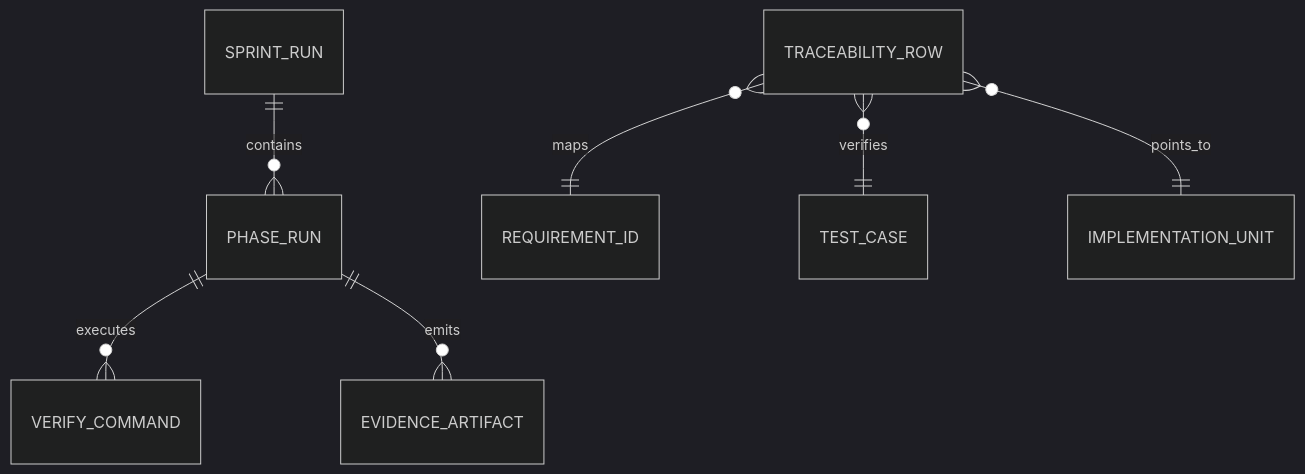
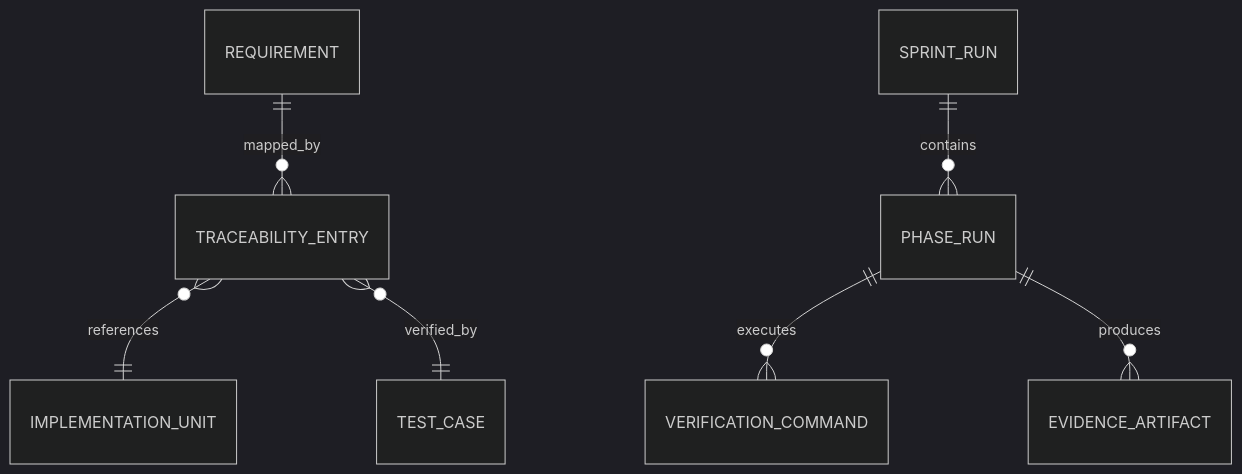
Before and after one commit to jaytaylor/attractor-tcl: the second of 5 diagrams in docs/sprints/SPRINT-003-comprehensive-implementation-plan.md, drawn with Mermaid (dark theme). The commit also changed other lines of this file, not shown here.

Commit message:
docs: sync sprint 003 phase 0 completion evidence

````diff
--- a/docs/sprints/SPRINT-003-comprehensive-implementation-plan.md
+++ b/docs/sprints/SPRINT-003-comprehensive-implementation-plan.md
@@ -905,9 +503,9 @@
 ```mermaid
 erDiagram
+  REQUIREMENT ||--o{ TRACEABILITY_ENTRY : mapped_by
+  TRACEABILITY_ENTRY }o--|| IMPLEMENTATION_UNIT : references
+  TRACEABILITY_ENTRY }o--|| TEST_CASE : verified_by
+  PHASE_RUN ||--o{ VERIFICATION_COMMAND : executes
+  PHASE_RUN ||--o{ EVIDENCE_ARTIFACT : produces
   SPRINT_RUN ||--o{ PHASE_RUN : contains
-  PHASE_RUN ||--o{ VERIFY_COMMAND : executes
-  PHASE_RUN ||--o{ EVIDENCE_ARTIFACT : emits
-  TRACEABILITY_ROW }o--|| REQUIREMENT_ID : maps
-  TRACEABILITY_ROW }o--|| TEST_CASE : verifies
-  TRACEABILITY_ROW }o--|| IMPLEMENTATION_UNIT : points_to
 ```
````
